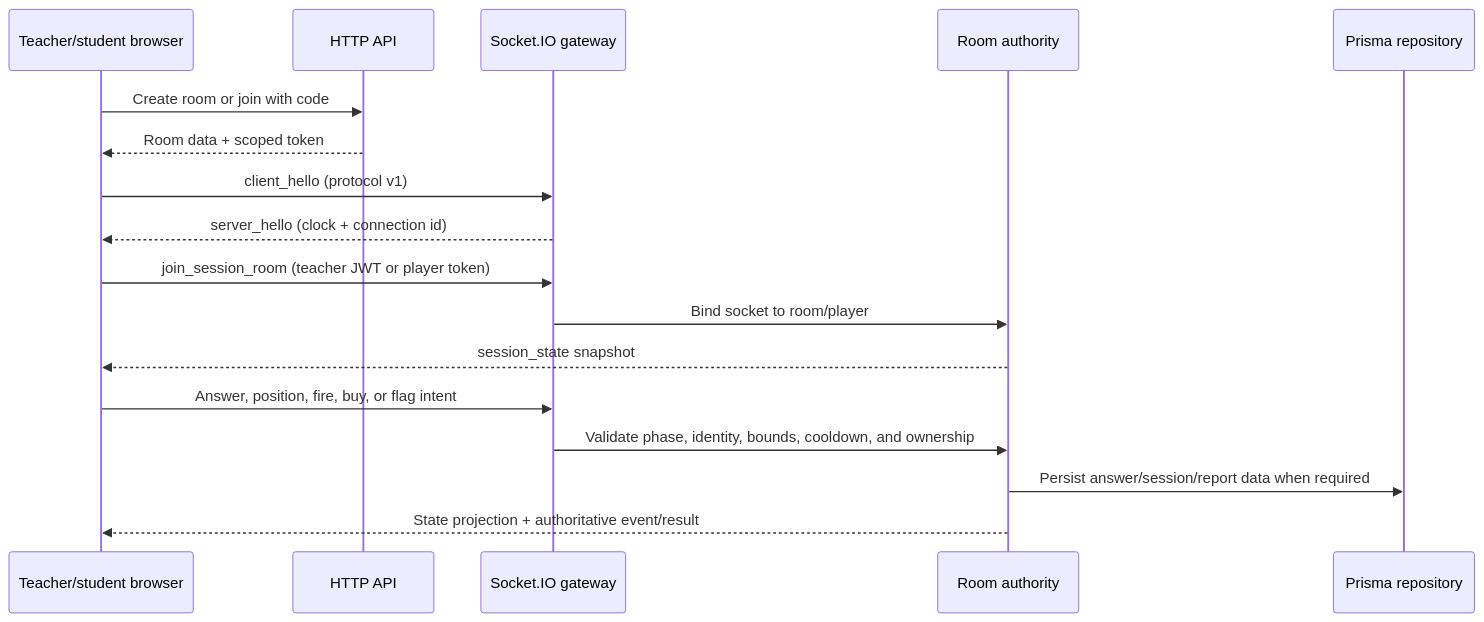
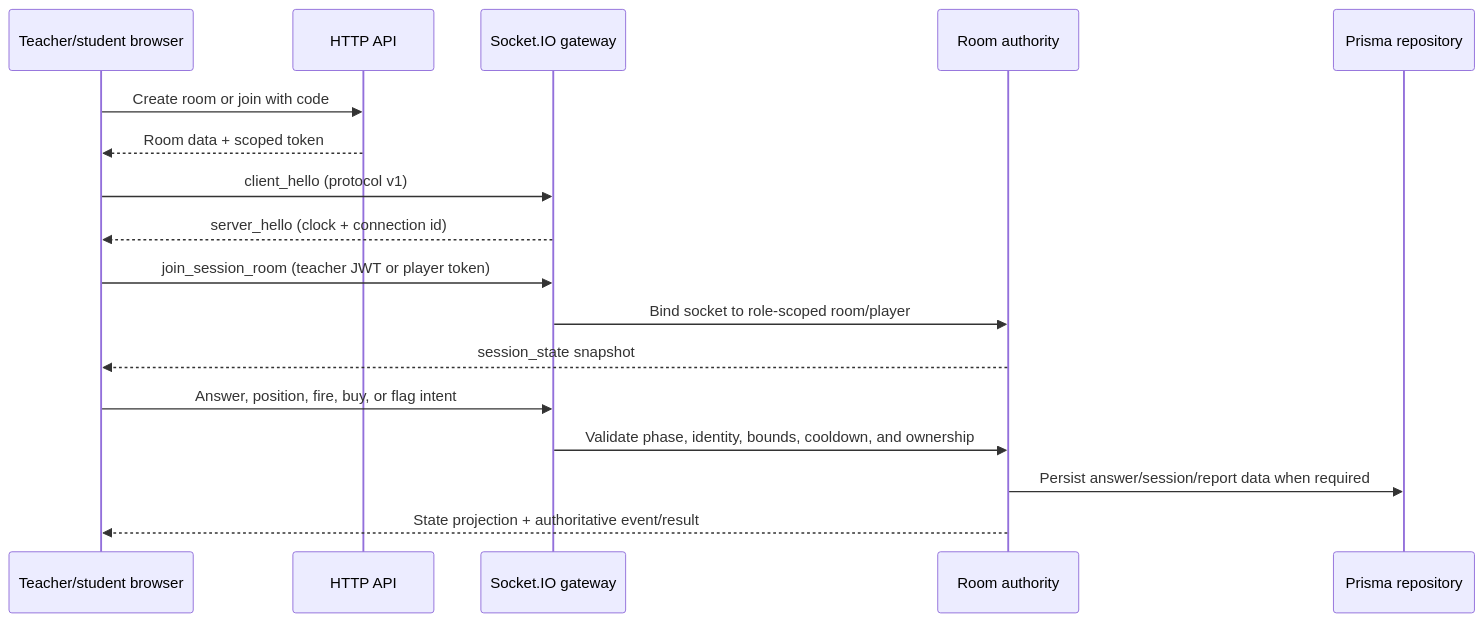
The second of 2 diagrams in architecture.md (susume/GyakutenEigo), drawn with Mermaid before and after one commit. The commit also changed other lines of this file and 4 other files, not shown here.

````diff
--- a/architecture.md
+++ b/architecture.md
@@ -146,20 +150,20 @@
 ```mermaid
 sequenceDiagram
   participant T as Teacher/student browser
   participant H as HTTP API
   participant G as Socket.IO gateway
   participant R as Room authority
   participant P as Prisma repository
 
   T->>H: Create room or join with code
   H-->>T: Room data + scoped token
   T->>G: client_hello (protocol v1)
   G-->>T: server_hello (clock + connection id)
   T->>G: join_session_room (teacher JWT or player token)
-  G->>R: Bind socket to room/player
+  G->>R: Bind socket to role-scoped room/player
   R-->>T: session_state snapshot
   T->>G: Answer, position, fire, buy, or flag intent
   G->>R: Validate phase, identity, bounds, cooldown, and ownership
   R->>P: Persist answer/session/report data when required
   R-->>T: State projection + authoritative event/result
 ```
````
